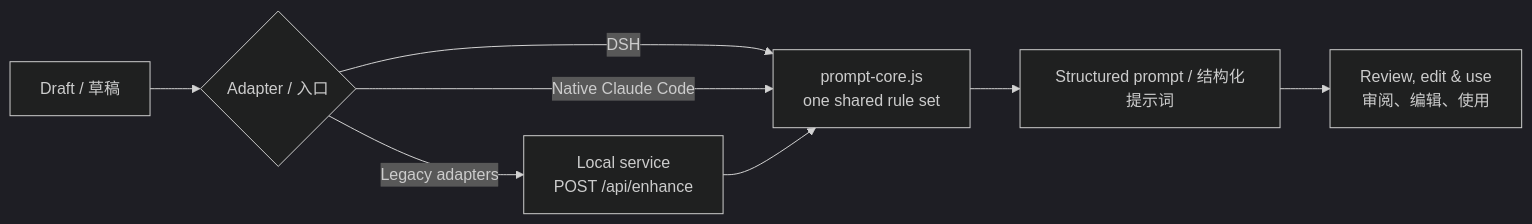
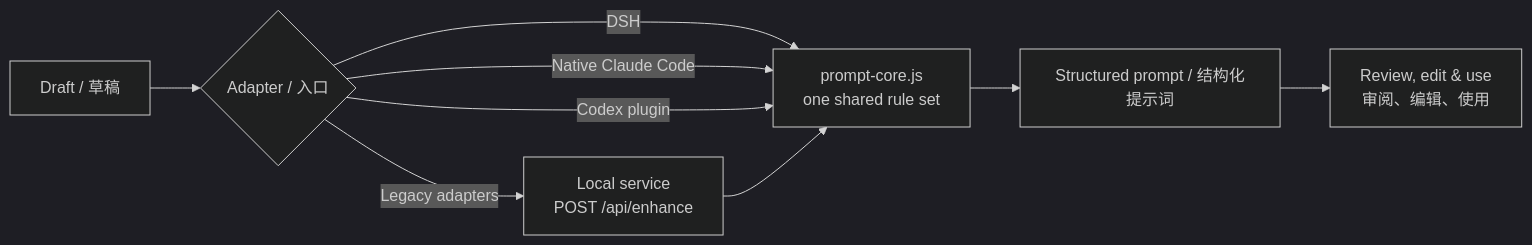
Before and after one commit to Erfan817/dsh-prompt-enhancer-plus: the diagram in README.md, drawn with Mermaid (dark theme). The commit also changed other lines of this file and 1 other file, not shown here.

Commit message:
docs: cover Claude Code desktop install and Codex plugin in READMEs (#7)

````diff
--- a/README.md
+++ b/README.md
@@ -207,10 +207,11 @@
 ```mermaid
 flowchart LR
     D[Draft / 草稿] --> A{Adapter / 入口}
     A -->|DSH| C[prompt-core.js<br/>one shared rule set]
     A -->|Native Claude Code| C
+    A -->|Codex plugin| C
     A -->|Legacy adapters| L[Local service<br/>POST /api/enhance]
     L --> C
     C --> R[Structured prompt / 结构化提示词]
     R --> U[Review, edit & use<br/>审阅、编辑、使用]
 ```
````
